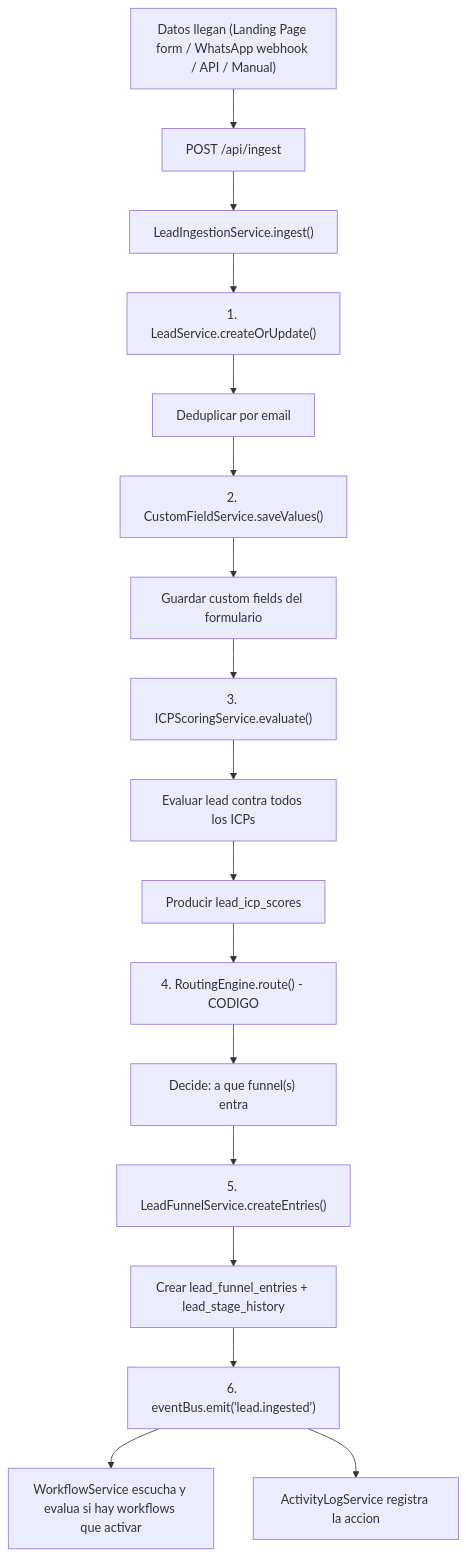
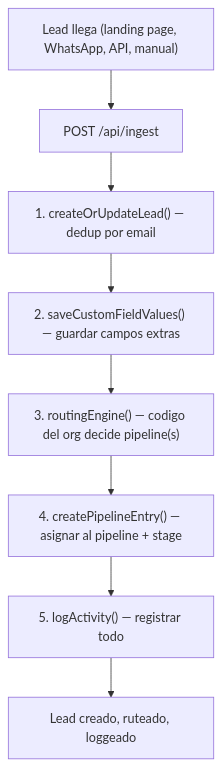
One commit to afluence-holding/marketing-funnel changed the fourth of 4 diagrams in docs/VISION-ARCHITECTURE.md. Above: the diagram before and after it, drawn with Mermaid. The commit also changed other lines of this file and 81 other files, not shown here.

````diff
--- a/docs/VISION-ARCHITECTURE.md
+++ b/docs/VISION-ARCHITECTURE.md
@@ -401,21 +369,11 @@
 ```mermaid
 flowchart TD
-    Entry["Datos llegan (Landing Page form / WhatsApp webhook / API / Manual)"]
-    Entry --> Controller["POST /api/ingest"]
-    Controller --> Service["LeadIngestionService.ingest()"]
-
-    Service --> Step1["1. LeadService.createOrUpdate()"]
-    Step1 --> Step1a["Deduplicar por email"]
-    Step1a --> Step2["2. CustomFieldService.saveValues()"]
-    Step2 --> Step2a["Guardar custom fields del formulario"]
-    Step2a --> Step3["3. ICPScoringService.evaluate()"]
-    Step3 --> Step3a["Evaluar lead contra todos los ICPs"]
-    Step3a --> Step3b["Producir lead_icp_scores"]
-    Step3b --> Step4["4. RoutingEngine.route() - CODIGO"]
-    Step4 --> Step4a["Decide: a que funnel(s) entra"]
-    Step4a --> Step5["5. LeadFunnelService.createEntries()"]
-    Step5 --> Step5a["Crear lead_funnel_entries + lead_stage_history"]
-    Step5a --> Step6["6. eventBus.emit('lead.ingested')"]
-    Step6 --> Step6a["WorkflowService escucha y evalua si hay workflows que activar"]
-    Step6 --> Step6b["ActivityLogService registra la accion"]
+    Entry["Lead llega (landing page, WhatsApp, API, manual)"]
+    Entry --> POST["POST /api/ingest"]
+    POST --> S1["1. createOrUpdateLead() — dedup por email"]
+    S1 --> S2["2. saveCustomFieldValues() — guardar campos extras"]
+    S2 --> S3["3. routingEngine() — codigo del org decide pipeline(s)"]
+    S3 --> S4["4. createPipelineEntry() — asignar al pipeline + stage"]
+    S4 --> S5["5. logActivity() — registrar todo"]
+    S5 --> Done["Lead creado, ruteado, loggeado"]
 ```
````
